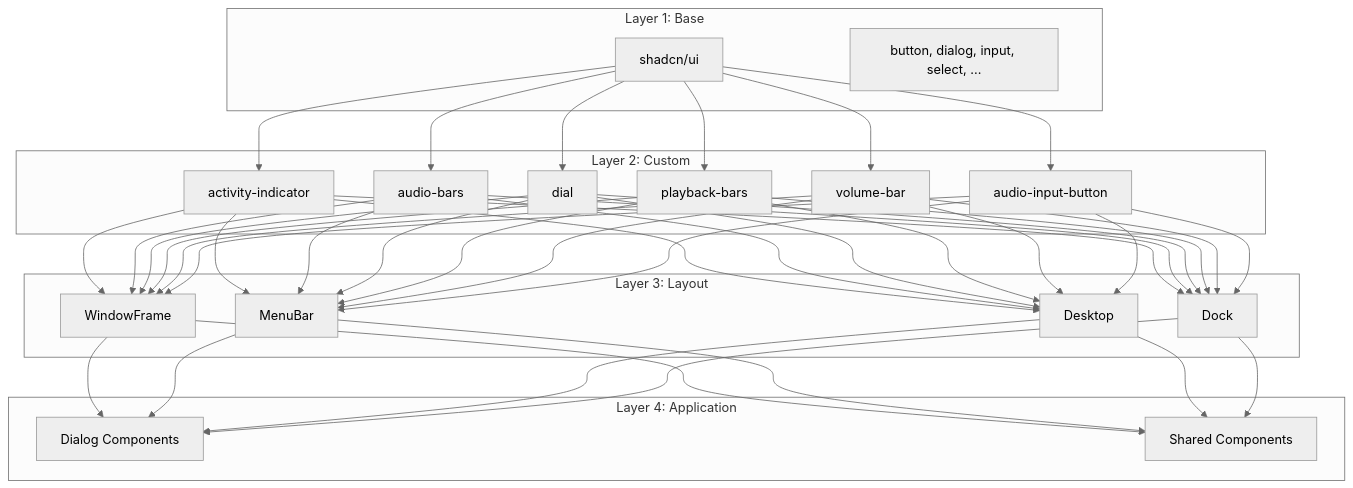
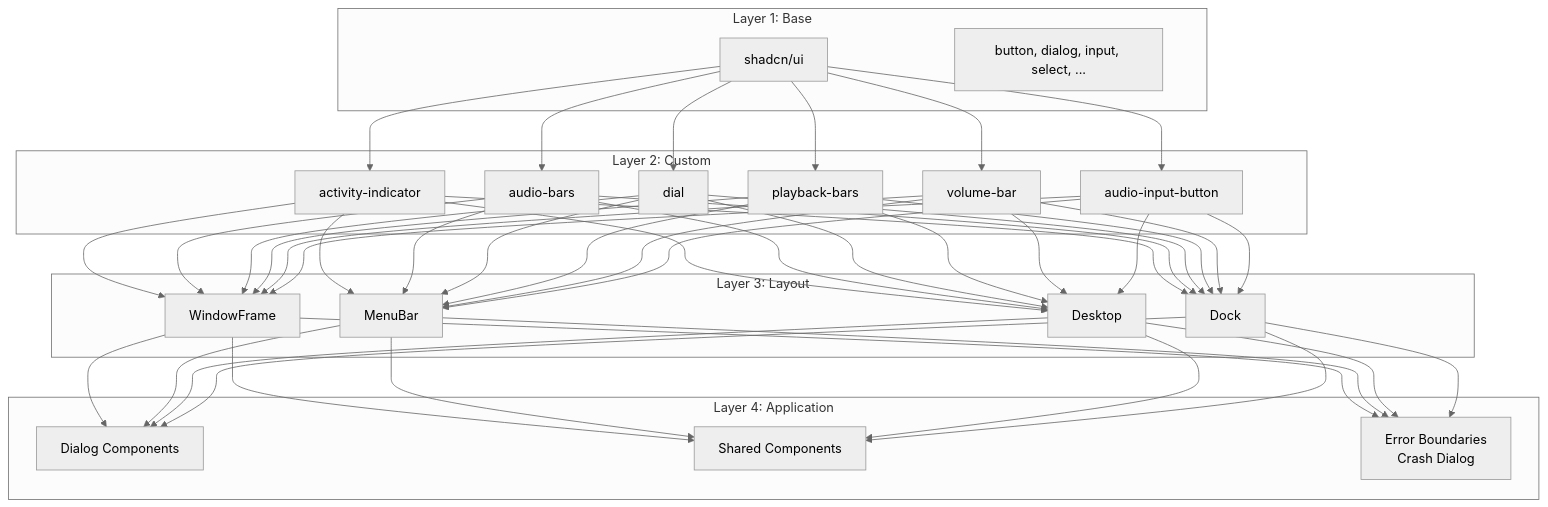
One commit to ryokun6/ryos changed the second of 2 diagrams in docs/7-ui-components.md. Above: the diagram before and after it, drawn with Mermaid (neutral theme). The commit also changed other lines of this file and 4 other files, not shown here.

````diff
--- a/docs/7-ui-components.md
+++ b/docs/7-ui-components.md
@@ -53,32 +57,33 @@
 ```mermaid
 graph TD
     subgraph Layer 4: Application
         D1[Dialog Components]
         D2[Shared Components]
+        D3[Error Boundaries<br/>Crash Dialog]
     end
     
     subgraph Layer 3: Layout
         C1[WindowFrame]
         C2[MenuBar]
         C3[Desktop]
         C4[Dock]
     end
     
     subgraph Layer 2: Custom
         B1[activity-indicator]
         B2[audio-bars]
         B3[dial]
         B4[playback-bars]
         B5[volume-bar]
         B6[audio-input-button]
     end
     
     subgraph Layer 1: Base
         A1[shadcn/ui]
         A2[button, dialog, input, select, ...]
     end
     
     A1 --> B1 & B2 & B3 & B4 & B5 & B6
     B1 & B2 & B3 & B4 & B5 & B6 --> C1 & C2 & C3 & C4
-    C1 & C2 & C3 & C4 --> D1 & D2
+    C1 & C2 & C3 & C4 --> D1 & D2 & D3
 ```
````
